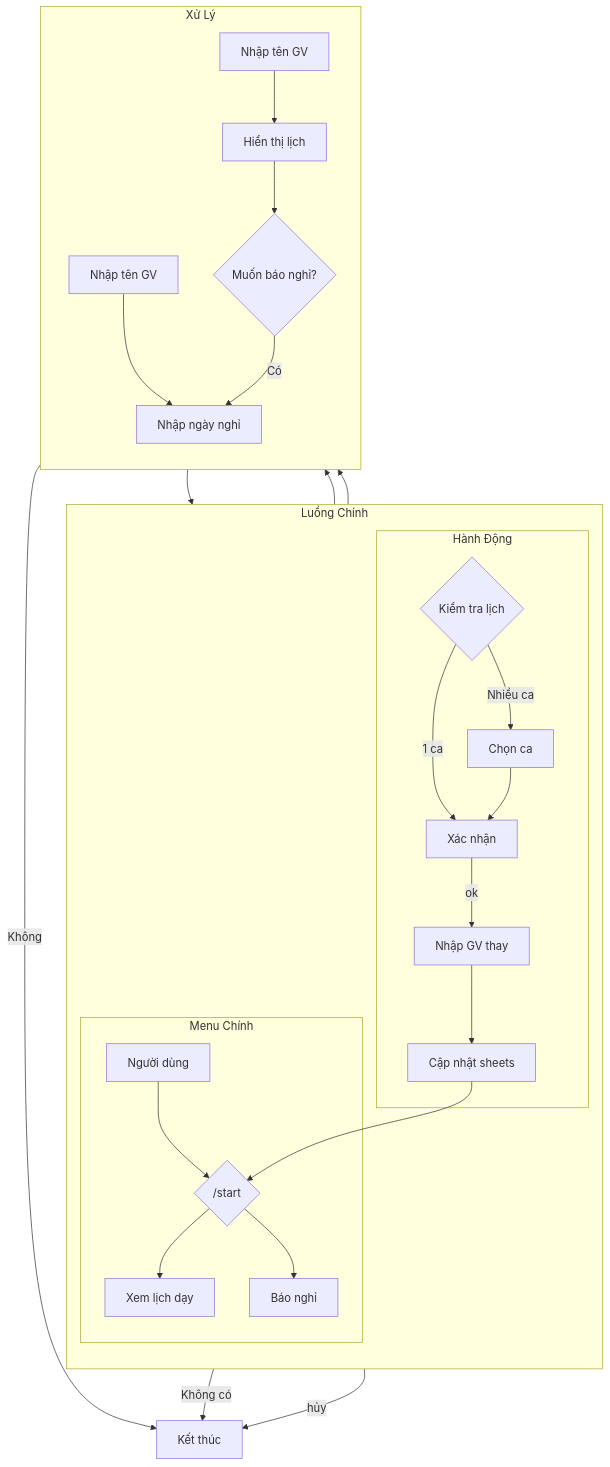
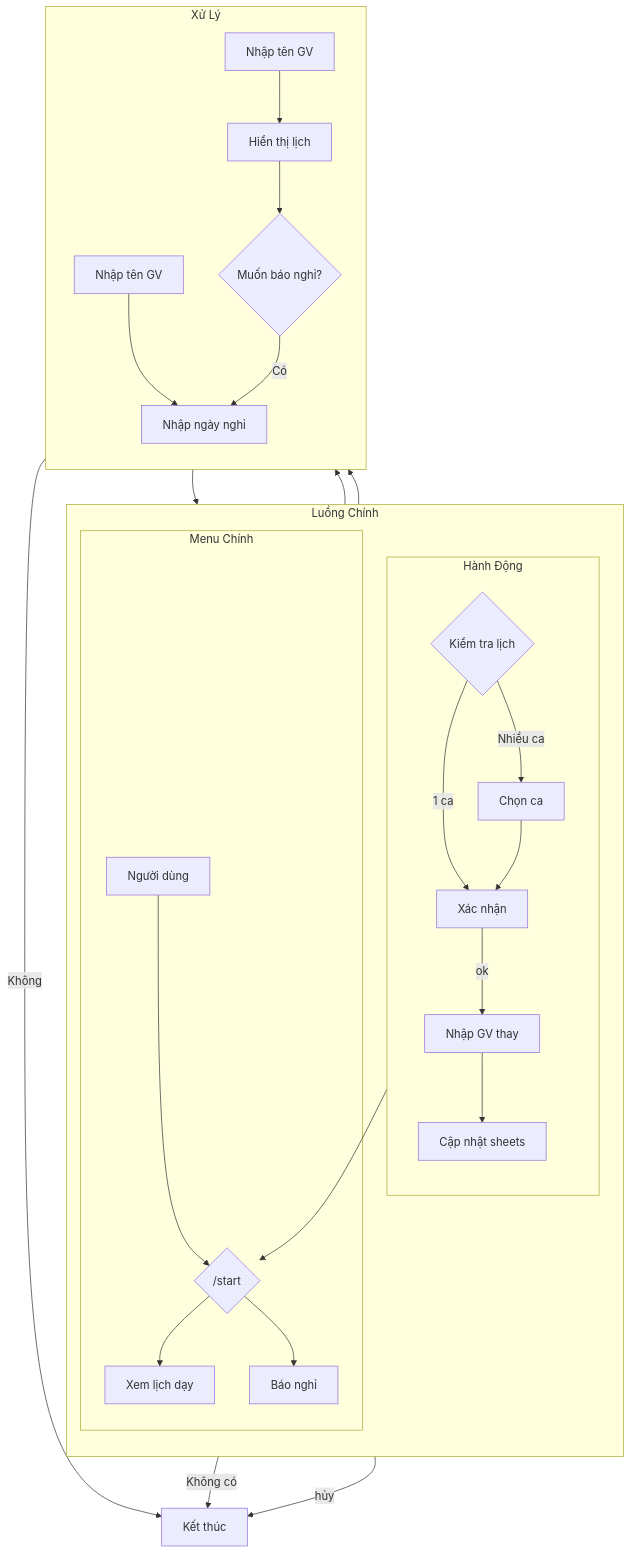
The diagram in readme.md (let-shyn-cook/TeacherBot-Assistant), drawn with Mermaid before and after one commit. The commit also changed other lines of this file, not shown here.

````diff
--- a/readme.md
+++ b/readme.md
@@ -117,35 +117,36 @@
 ```mermaid
 flowchart TB
     subgraph Left["Luồng Chính"]
         direction TB
         subgraph Menu["Menu Chính"]
             A[Người dùng] --> B{/start}
             B --> C[Xem lịch dạy]
             B --> D[Báo nghỉ]
         end
 
         subgraph Actions["Hành Động"]
+            direction TB
             G --> |1 ca| H[Xác nhận]
             G --> |Nhiều ca| I[Chọn ca]
             I --> H
             H --> |ok| J[Nhập GV thay]
             J --> K[Cập nhật sheets]
             K --> B
         end
     end
 
     subgraph Process["Xử Lý"]
         direction TB
         C --> C1[Nhập tên GV]
         D --> E[Nhập tên GV]
         C1 --> C2[Hiển thị lịch]
         E --> F[Nhập ngày nghỉ]
         C2 --> C3{Muốn báo nghỉ?}
         F --> G{Kiểm tra lịch}
     end
 
     C3 --> |Có| F
     C3 --> |Không| Z[Kết thúc]
     G --> |Không có| Z
     H --> |hủy| Z
 ```
````
